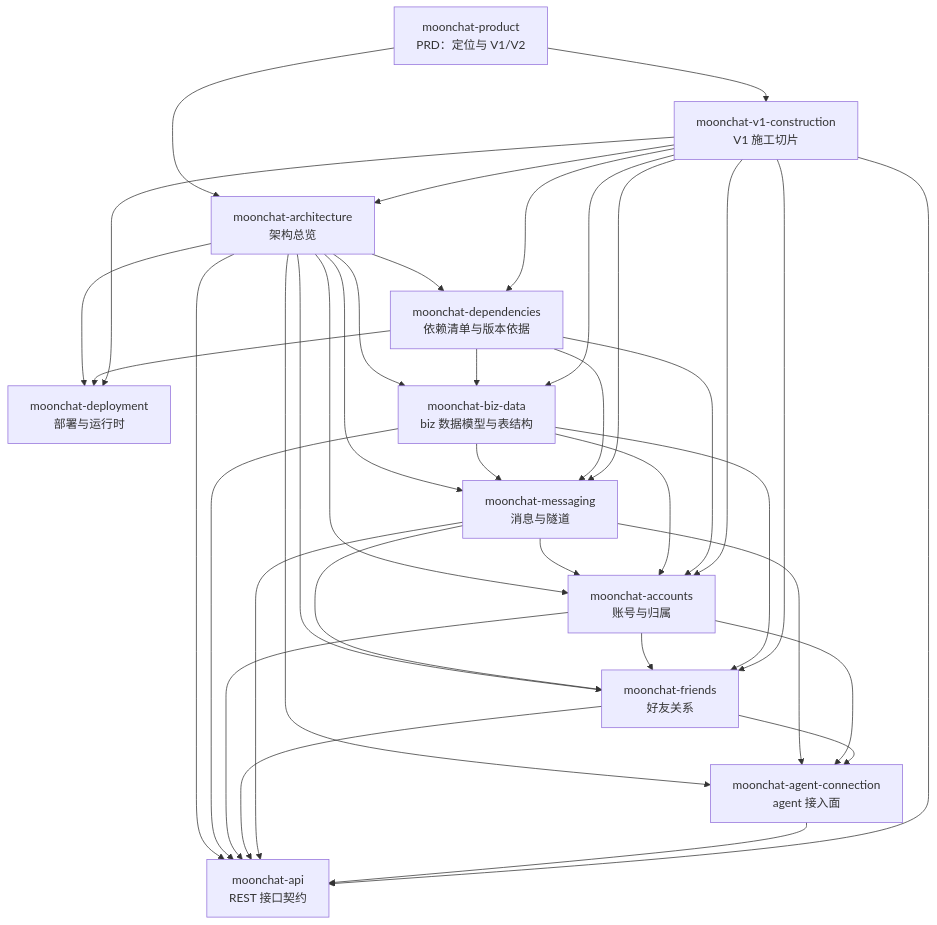
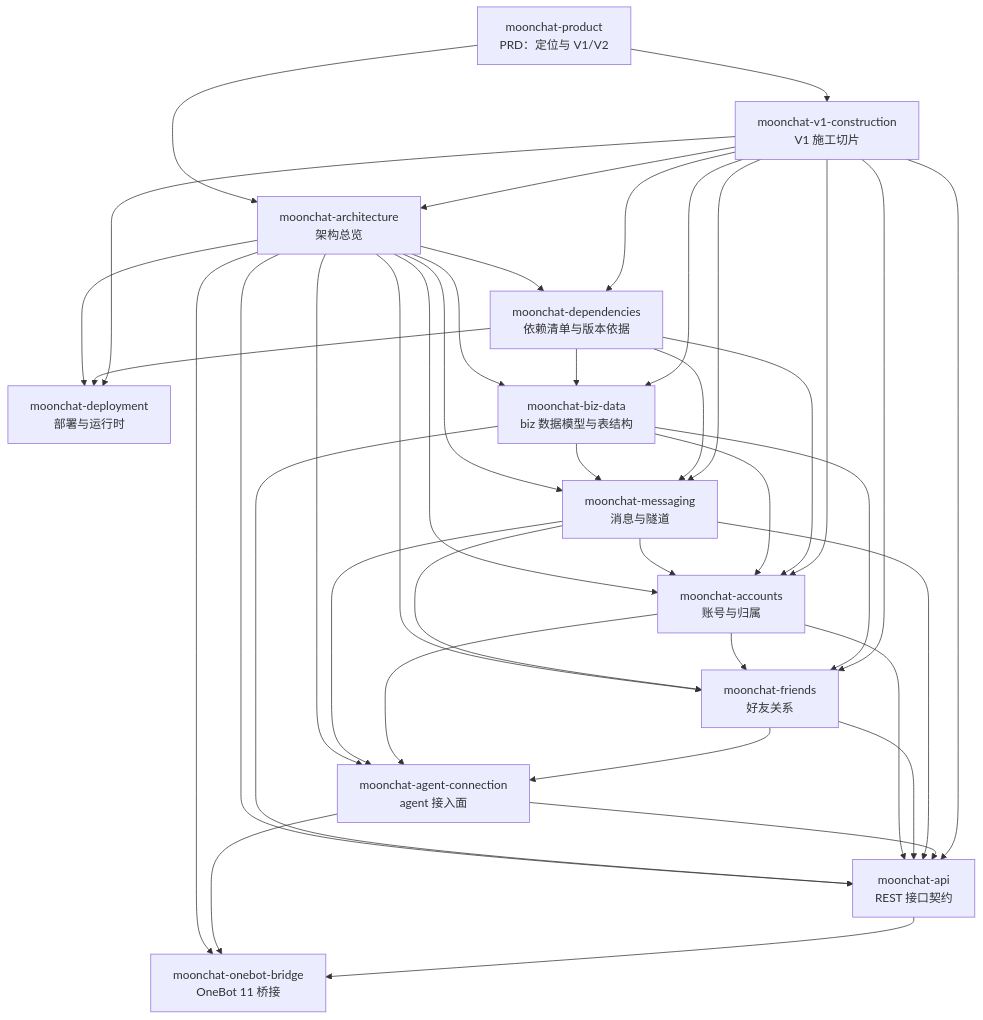
The diagram in docs/README.md (flssr/moonchat), drawn with Mermaid before and after one commit. The commit also changed other lines of this file and 3 other files, not shown here.

First line of the commit message:
新增 OneBot 11 桥接 spec：桥接在 agent 侧，平台不开协议面

````diff
--- a/docs/README.md
+++ b/docs/README.md
@@ -27,51 +28,55 @@
 ```mermaid
 graph TD
   P["moonchat-product<br/>PRD：定位与 V1/V2"]
   A["moonchat-architecture<br/>架构总览"]
   M["moonchat-messaging<br/>消息与隧道"]
   AC["moonchat-accounts<br/>账号与归属"]
   F["moonchat-friends<br/>好友关系"]
   AG["moonchat-agent-connection<br/>agent 接入面"]
+  OB["moonchat-onebot-bridge<br/>OneBot 11 桥接"]
   D["moonchat-deployment<br/>部署与运行时"]
   BD["moonchat-biz-data<br/>biz 数据模型与表结构"]
   API["moonchat-api<br/>REST 接口契约"]
   DEP["moonchat-dependencies<br/>依赖清单与版本依据"]
 
   P --> A
   A --> M
   A --> AC
   A --> F
   A --> AG
+  A --> OB
+  AG --> OB
+  API --> OB
   A --> D
   M --> AC
   M --> F
   M --> AG
   AC --> F
   AC --> AG
   F --> AG
   A --> BD
   BD --> M
   BD --> AC
   BD --> F
   A --> API
   BD --> API
   AC --> API
   F --> API
   M --> API
   AG --> API
   A --> DEP
   DEP --> D
   DEP --> BD
   DEP --> AC
   DEP --> M
   VC["moonchat-v1-construction<br/>V1 施工切片"]
   P --> VC
   VC --> A
   VC --> M
   VC --> AC
   VC --> F
   VC --> API
   VC --> BD
   VC --> D
   VC --> DEP
 ```
````
